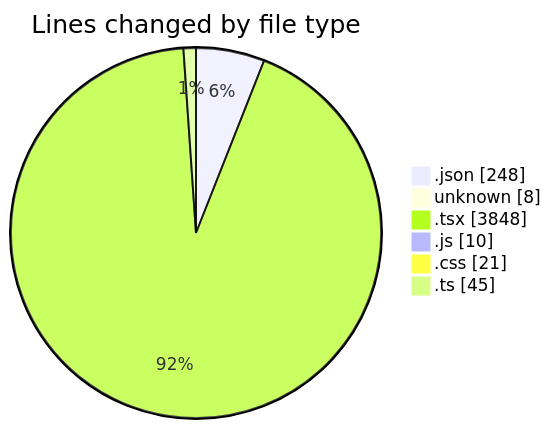
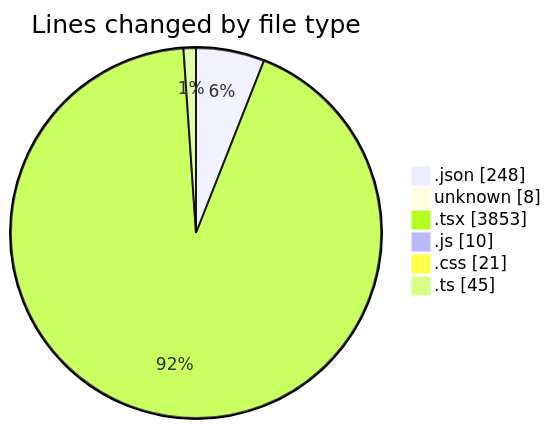
Before and after one commit to Elitesun/code-tracking: the first of 2 diagrams in 2025-05-02/niten/README.md, drawn with Mermaid. The commit also changed other lines of this file and 1 other file, not shown here.

````diff
--- a/2025-05-02/niten/README.md
+++ b/2025-05-02/niten/README.md
@@ -51,10 +51,10 @@
 ```mermaid
 pie showData
 title Lines changed by file type
 ".json" : 248
 "unknown" : 8
-".tsx" : 3848
+".tsx" : 3853
 ".js" : 10
 ".css" : 21
 ".ts" : 45
 ```
````
